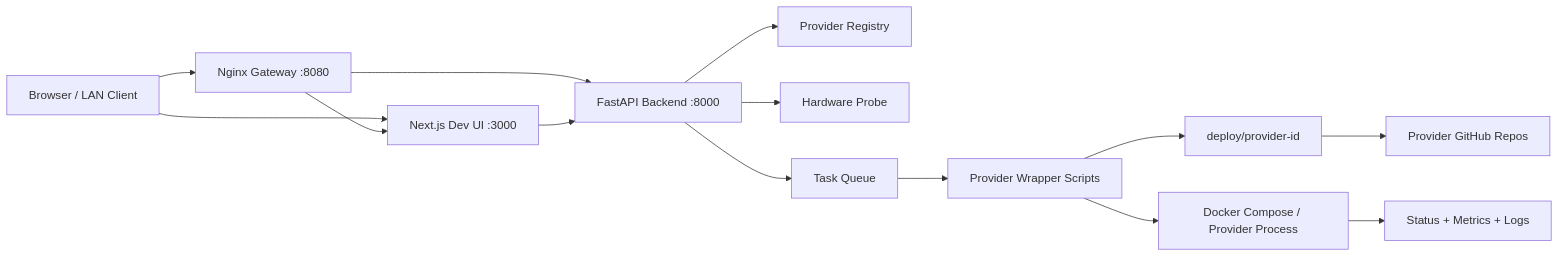
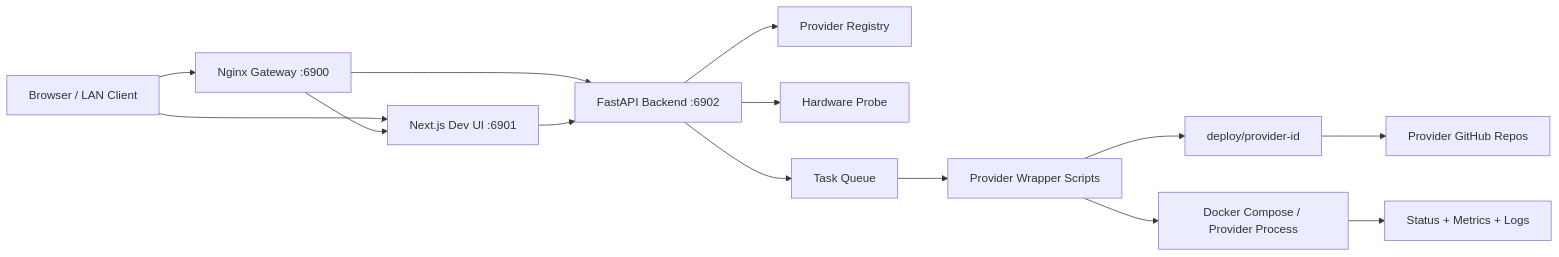
The diagram in README.md (ambrouse/frontend-test), drawn with Mermaid before and after one commit. The commit also changed other lines of this file and 106 other files, not shown here.

````diff
--- a/README.md
+++ b/README.md
@@ -250,16 +243,16 @@
 ```mermaid
 flowchart LR
-  Browser[Browser / LAN Client] --> Gateway[Nginx Gateway :8080]
-  Browser --> UI[Next.js Dev UI :3000]
+  Browser[Browser / LAN Client] --> Gateway[Nginx Gateway :6900]
+  Browser --> UI[Next.js Dev UI :6901]
   Gateway --> UI
-  Gateway --> API[FastAPI Backend :8000]
+  Gateway --> API[FastAPI Backend :6902]
   UI --> API
   API --> Registry[Provider Registry]
   API --> Hardware[Hardware Probe]
   API --> Tasks[Task Queue]
   Tasks --> Scripts[Provider Wrapper Scripts]
   Scripts --> Deploy[deploy/provider-id]
   Scripts --> Runtime[Docker Compose / Provider Process]
   Runtime --> Logs[Status + Metrics + Logs]
   Deploy --> GitHub[Provider GitHub Repos]
 ```
````
